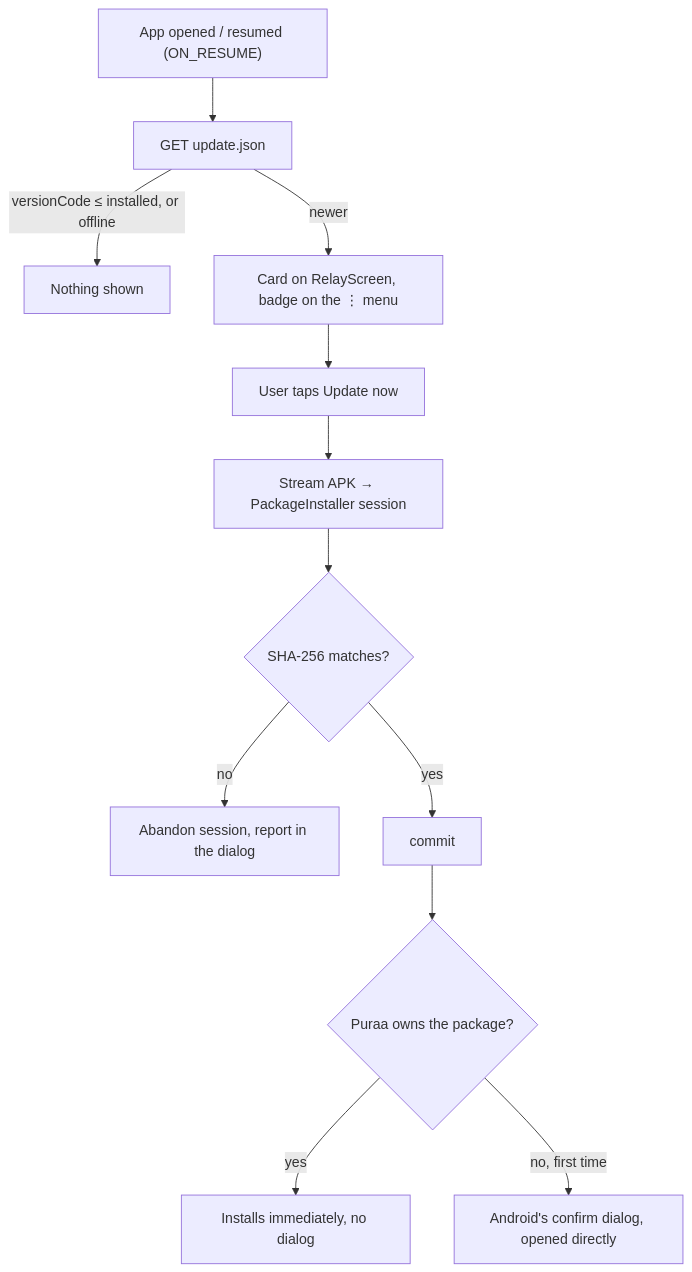
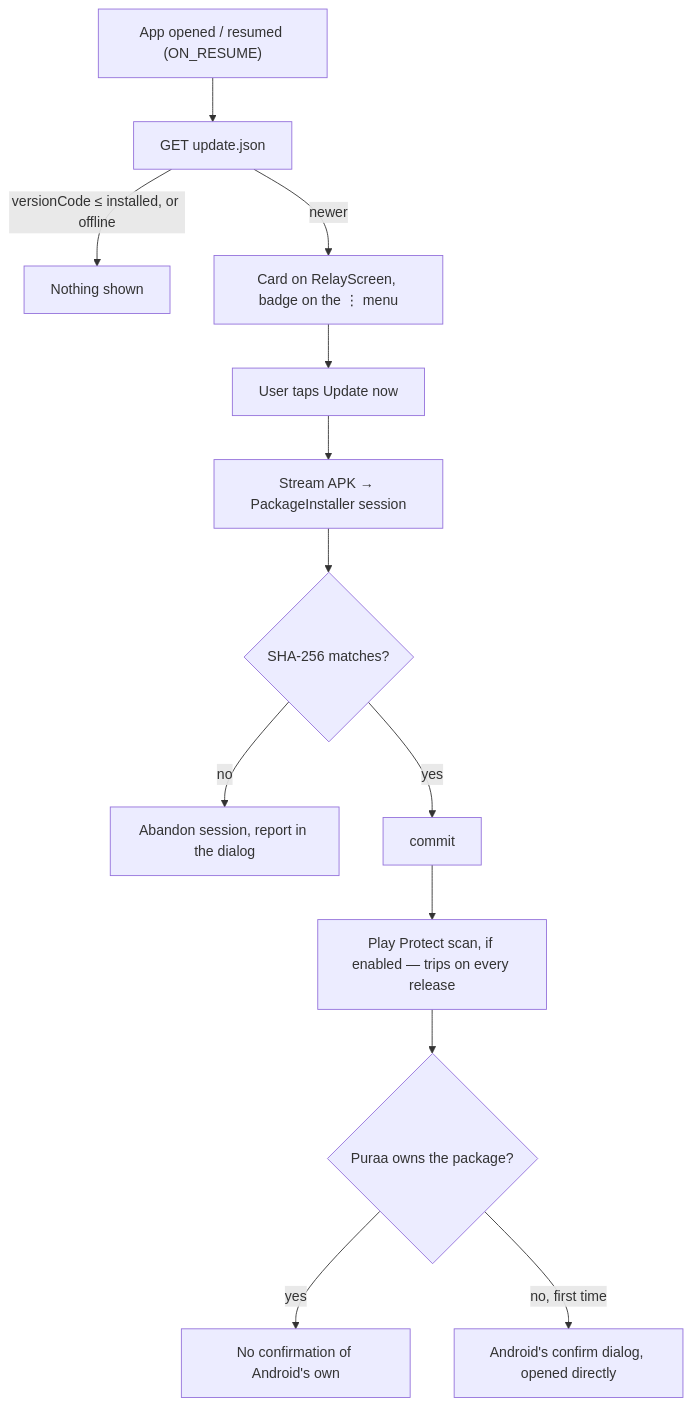
One commit to gunasekar/puraa changed the second of 2 diagrams in docs/ARCHITECTURE.md. Above: the diagram before and after it, drawn with Mermaid. The commit also changed other lines of this file and 3 other files, not shown here.

````diff
--- a/docs/ARCHITECTURE.md
+++ b/docs/ARCHITECTURE.md
@@ -548,14 +556,15 @@
 ```mermaid
 flowchart TD
     R["App opened / resumed (ON_RESUME)"] --> C["GET update.json"]
     C -->|"versionCode ≤ installed, or offline"| D["Nothing shown"]
     C -->|newer| B["Card on RelayScreen, badge on the ⋮ menu"]
     B --> T["User taps Update now"]
     T --> S["Stream APK → PackageInstaller session"]
     S --> V{"SHA-256 matches?"}
     V -->|no| X["Abandon session, report in the dialog"]
     V -->|yes| K[commit]
-    K --> P{"Puraa owns the package?"}
-    P -->|yes| I["Installs immediately, no dialog"]
+    K --> PP["Play Protect scan, if enabled — trips on every release"]
+    PP --> P{"Puraa owns the package?"}
+    P -->|yes| I["No confirmation of Android's own"]
     P -->|"no, first time"| Q["Android's confirm dialog, opened directly"]
 ```
````
